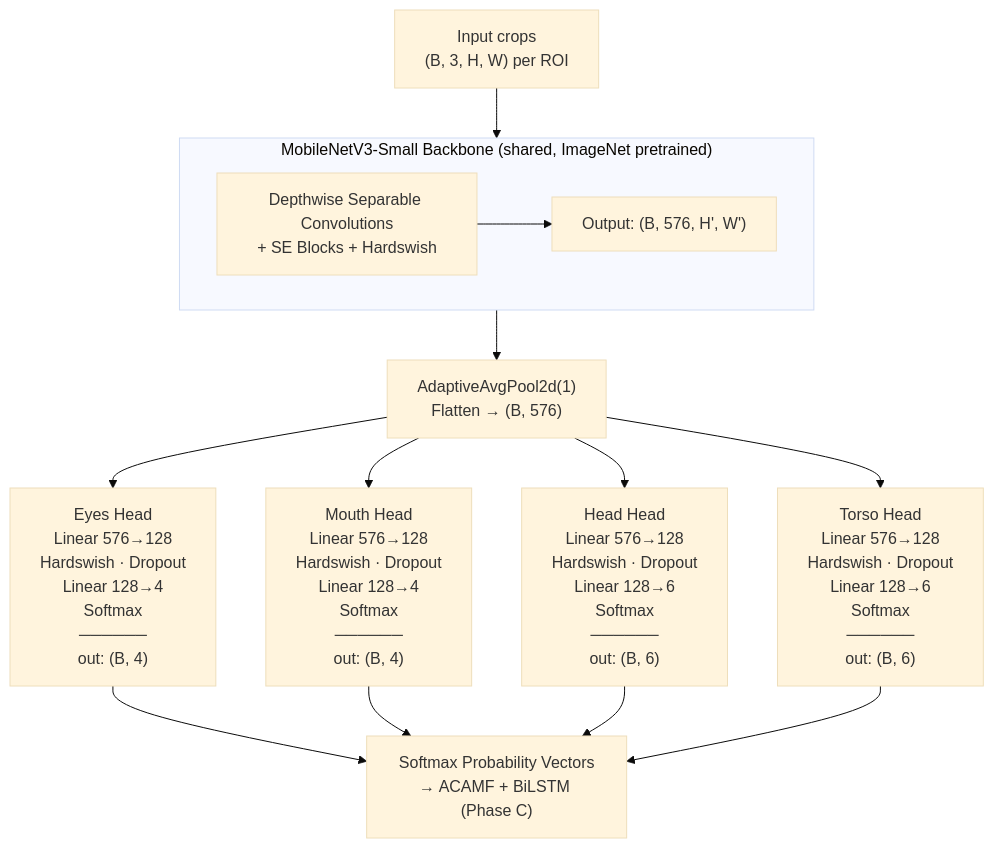
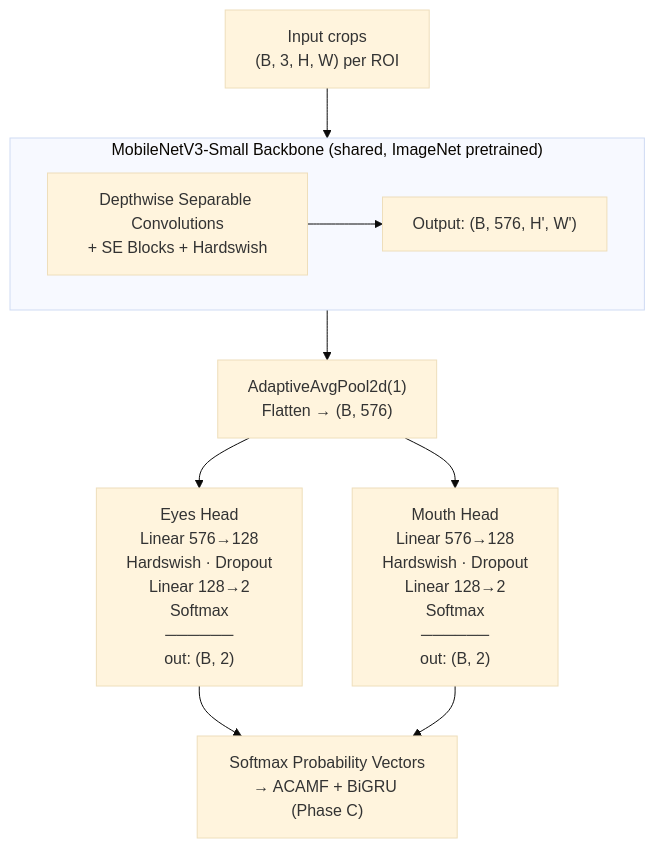
Before and after one commit to JlordS32/FatigueSense: the first of 2 diagrams in docs/model_architecture.md, drawn with Mermaid (base theme). The commit also changed other lines of this file and 14 other files, not shown here.

````diff
--- a/docs/model_architecture.md
+++ b/docs/model_architecture.md
@@ -30,22 +30,18 @@
 ```mermaid
 flowchart TD
     A["Input crops\n(B, 3, H, W) per ROI"] --> B
 
     subgraph B["MobileNetV3-Small Backbone (shared, ImageNet pretrained)"]
         B1["Depthwise Separable Convolutions\n+ SE Blocks + Hardswish"]
         B2["Output: (B, 576, H', W')"]
         B1 --> B2
     end
 
     B --> C["AdaptiveAvgPool2d(1)\nFlatten → (B, 576)"]
 
-    C --> E["Eyes Head\nLinear 576→128\nHardswish · Dropout\nLinear 128→4\nSoftmax\n──────\nout: (B, 4)"]
-    C --> M["Mouth Head\nLinear 576→128\nHardswish · Dropout\nLinear 128→4\nSoftmax\n──────\nout: (B, 4)"]
-    C --> H["Head Head\nLinear 576→128\nHardswish · Dropout\nLinear 128→6\nSoftmax\n──────\nout: (B, 6)"]
-    C --> T["Torso Head\nLinear 576→128\nHardswish · Dropout\nLinear 128→6\nSoftmax\n──────\nout: (B, 6)"]
+    C --> E["Eyes Head\nLinear 576→128\nHardswish · Dropout\nLinear 128→2\nSoftmax\n──────\nout: (B, 2)"]
+    C --> M["Mouth Head\nLinear 576→128\nHardswish · Dropout\nLinear 128→2\nSoftmax\n──────\nout: (B, 2)"]
 
-    E --> OUT["Softmax Probability Vectors\n→ ACAMF + BiLSTM (Phase C)"]
+    E --> OUT["Softmax Probability Vectors\n→ ACAMF + BiGRU (Phase C)"]
     M --> OUT
-    H --> OUT
-    T --> OUT
 ```
````
